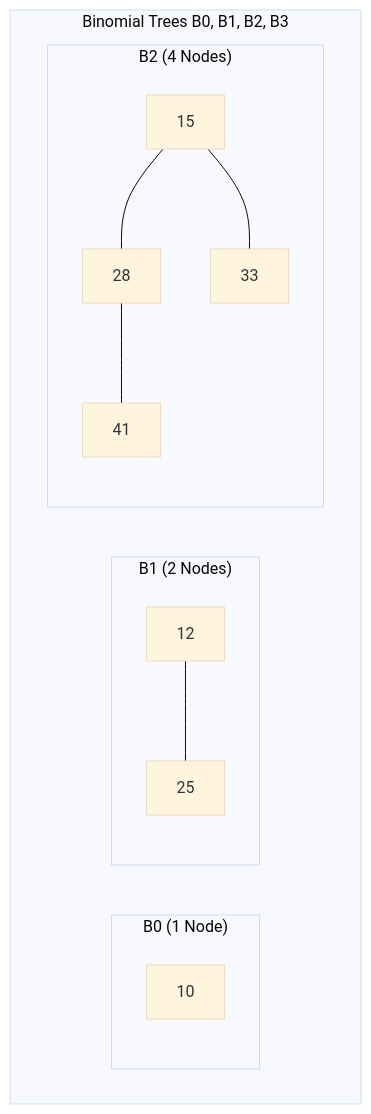
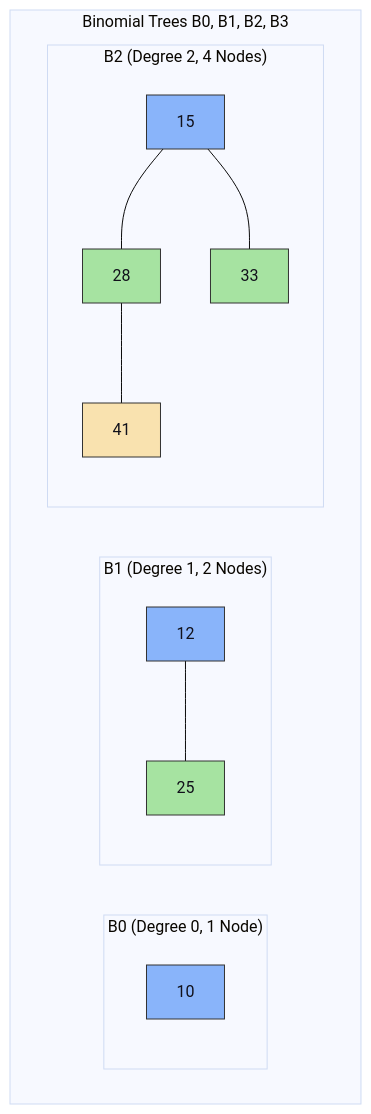
Before and after one commit to DeepLumiere/DeepSkills: the tenth of 16 diagrams in notes/design_and_analysis_of_algorithms/DAA_Unit4_RedBlackTrees_AdvancedDS.md, drawn with Mermaid (base theme). The commit also changed other lines of this file, not shown here.

First line of the commit message:
fix: overhaul Unit 4 with colorful Mermaid diagrams for RBT, Binomial, and Fibonacci Heaps

````diff
--- a/notes/design_and_analysis_of_algorithms/DAA_Unit4_RedBlackTrees_AdvancedDS.md
+++ b/notes/design_and_analysis_of_algorithms/DAA_Unit4_RedBlackTrees_AdvancedDS.md
@@ -153,16 +354,23 @@
 ```mermaid
 flowchart TD
     subgraph "Binomial Trees B0, B1, B2, B3"
-        subgraph "B0 (1 Node)"
+        subgraph "B0 (Degree 0, 1 Node)"
             r0["10"]
+            style r0 fill:#89b4fa,stroke:#333,color:#11111b
         end
-        subgraph "B1 (2 Nodes)"
+        subgraph "B1 (Degree 1, 2 Nodes)"
             r1["12"] --- c11["25"]
+            style r1 fill:#89b4fa,stroke:#333,color:#11111b
+            style c11 fill:#a6e3a1,stroke:#333,color:#11111b
         end
-        subgraph "B2 (4 Nodes)"
+        subgraph "B2 (Degree 2, 4 Nodes)"
             r2["15"] --- c21["28"]
             r2 --- c22["33"]
             c21 --- c211["41"]
+            style r2 fill:#89b4fa,stroke:#333,color:#11111b
+            style c21 fill:#a6e3a1,stroke:#333,color:#11111b
+            style c22 fill:#a6e3a1,stroke:#333,color:#11111b
+            style c211 fill:#f9e2af,stroke:#333,color:#11111b
         end
     end
 ```
````
